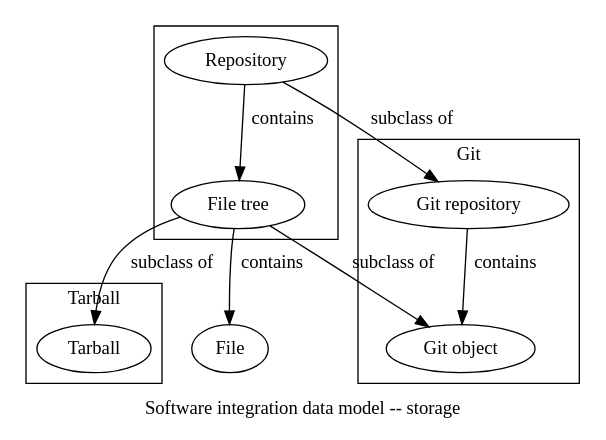
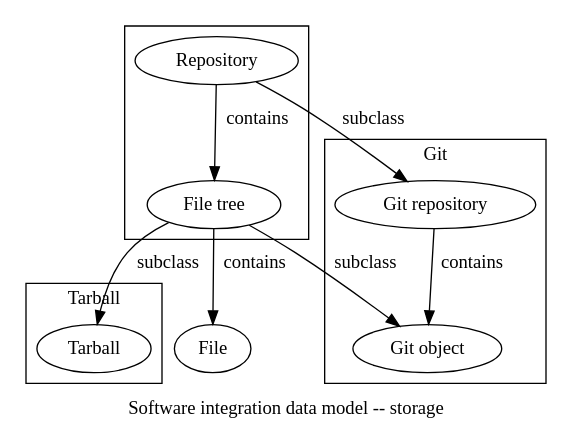
Before and after one commit to ssssam/software-integration-ontology: the diagram in diagrams/storage.dot, drawn with Graphviz.

Commit message:
Fix subclass relationships in storage diagram

```diff
--- a/diagrams/storage.dot
+++ b/diagrams/storage.dot
@@ -1,29 +1,29 @@
 // This is a manually maintained diagram of the *process*
 // part of the software integration ontology.
 
 digraph software_integration_ontology_storage {
   label = "Software integration data model -- storage"
 
   subgraph cluster_generic {
     label = "";
     "File tree";
     "Repository";
 
     "Repository" -> "File tree" [label="contains"];
   }
 
   subgraph cluster_git {
     label = "Git";
-    "File tree" -> "Git object" [label="subclass of"];
-    "Repository" -> "Git repository" [label="subclass of"];
+    "File tree" -> "Git object" [label="subclass"];
+    "Repository" -> "Git repository" [label="subclass"];
 
     "Git repository" -> "Git object" [label="contains"];
   }
 
   subgraph cluster_tarball {
     label = "Tarball";
-    "File tree" -> "Tarball" [label="subclass of"];
+    "File tree" -> "Tarball" [label="subclass"];
   }
 
   "File tree" -> "File" [label="contains"];
 }
```
